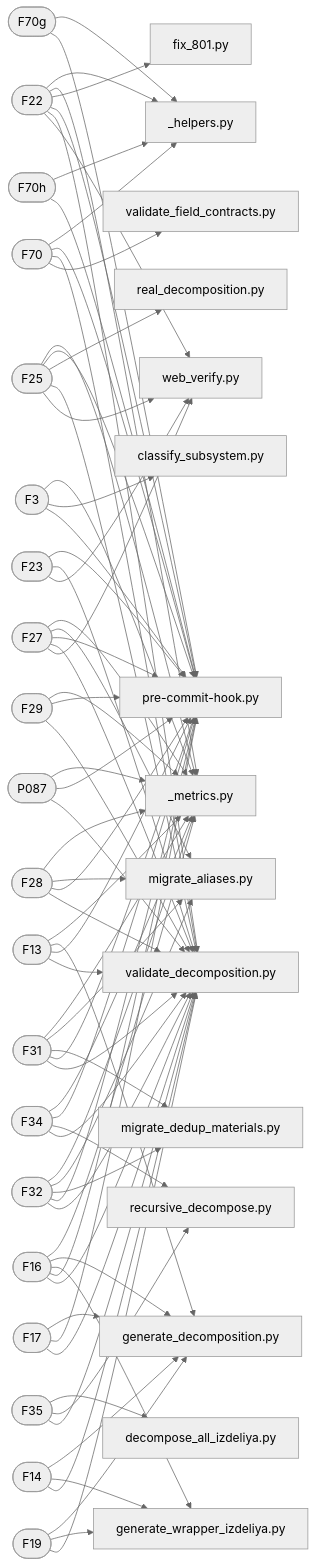
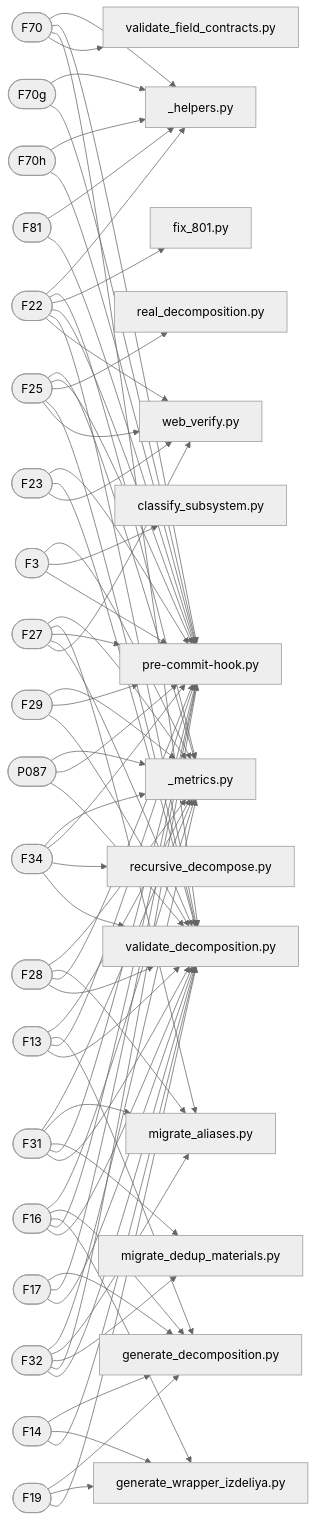
The diagram in graphs/mermaid/graph3_traceability.md (a-m-e-n-t-e-t/SkyNet), drawn with Mermaid (neutral theme) before and after one commit. The commit also changed other lines of this file and 548 other files, not shown here.

````diff
--- a/graphs/mermaid/graph3_traceability.md
+++ b/graphs/mermaid/graph3_traceability.md
@@ -127,13 +127,6 @@
     P087 --> script_pre-commit-hook_py
     script_validate_decomposition_py[validate_decomposition.py]
     P087 --> script_validate_decomposition_py
-    F35([F35])
-    script_decompose_all_izdeliya_py[decompose_all_izdeliya.py]
-    F35 --> script_decompose_all_izdeliya_py
-    script_recursive_decompose_py[recursive_decompose.py]
-    F35 --> script_recursive_decompose_py
-    script_validate_decomposition_py[validate_decomposition.py]
-    F35 --> script_validate_decomposition_py
     F14([F14])
     script_generate_decomposition_py[generate_decomposition.py]
     F14 --> script_generate_decomposition_py
@@ -172,4 +165,9 @@
     F70h --> script__helpers_py
     script_pre-commit-hook_py[pre-commit-hook.py]
     F70h --> script_pre-commit-hook_py
+    F81([F81])
+    script__helpers_py[_helpers.py]
+    F81 --> script__helpers_py
+    script_pre-commit-hook_py[pre-commit-hook.py]
+    F81 --> script_pre-commit-hook_py
 ```
````
